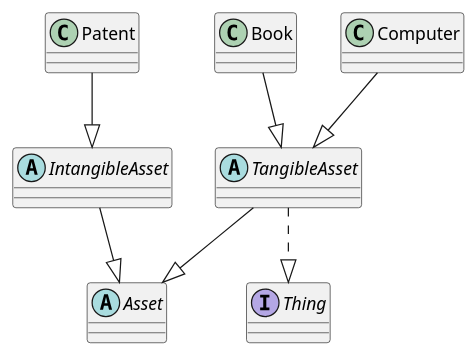
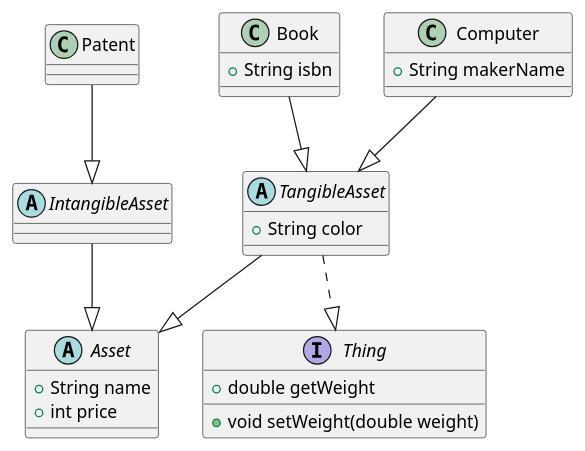
Before and after one commit to SurvivalCodingCampus/polytech_java_study: the diagram in src/main/java/com/survivalcoding/assignments_01_instance/exam01/ab/Asset.puml, drawn with PlantUML. The commit also changed 4 other files, not shown here.

```diff
--- a/src/main/java/com/survivalcoding/assignments_01_instance/exam01/ab/Asset.puml
+++ b/src/main/java/com/survivalcoding/assignments_01_instance/exam01/ab/Asset.puml
@@ -1,32 +1,39 @@
 @startuml
 
 interface Thing {
++ double getWeight
++ void setWeight(double weight)
 }
 
 abstract class Asset {
++ String name
++ int price
 }
 
 abstract class TangibleAsset {
++ String color
 }
 
 abstract class IntangibleAsset {
 }
 
 class Book {
++ String isbn
 }
 
 class Computer {
++ String makerName
 }
 
 class Patent {
 }
 
 TangibleAsset --|> Asset
 IntangibleAsset --|> Asset
 Book --|> TangibleAsset
 Computer --|> TangibleAsset
 Patent --|> IntangibleAsset
 
 TangibleAsset ..|> Thing
 
 @enduml
```
